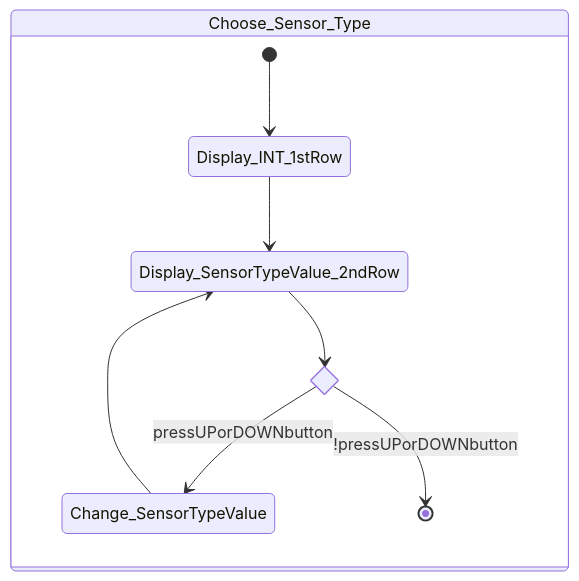
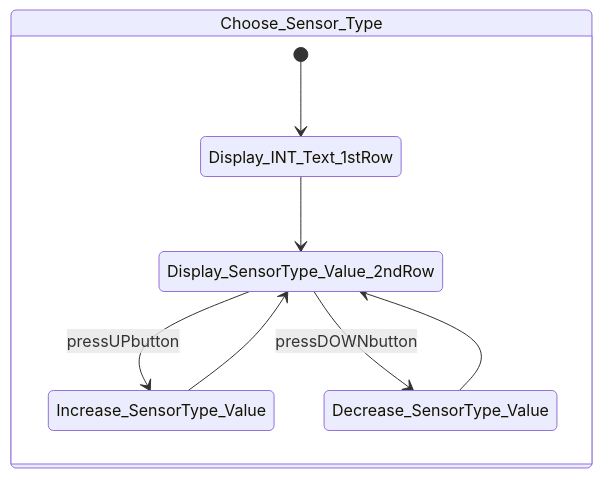
Before and after one commit to sondhg/embedded-control-fsm: the fifth of 10 diagrams in README.md, drawn with Mermaid. The commit also changed other lines of this file, not shown here.

Commit message:
refactor state diagram for improved clarity and flow in temperature controller interface

````diff
--- a/README.md
+++ b/README.md
@@ -124,14 +106,12 @@
 ```mermaid
 stateDiagram-v2
     direction TB
     state Choose_Sensor_Type {
-                [*] --> Display_INT_1stRow
-                Display_INT_1stRow --> Display_SensorTypeValue_2ndRow
-
-                    state if_state_change_sensor_type_Value <<choice>>
-                    Display_SensorTypeValue_2ndRow --> if_state_change_sensor_type_Value
-                    if_state_change_sensor_type_Value --> Change_SensorTypeValue: pressUPorDOWNbutton
-                    Change_SensorTypeValue --> Display_SensorTypeValue_2ndRow
-                    if_state_change_sensor_type_Value --> [*]: !pressUPorDOWNbutton
+                [*] --> Display_INT_Text_1stRow
+                Display_INT_Text_1stRow --> Display_SensorType_Value_2ndRow
+                Display_SensorType_Value_2ndRow --> Increase_SensorType_Value: pressUPbutton
+                Increase_SensorType_Value --> Display_SensorType_Value_2ndRow
+                Display_SensorType_Value_2ndRow --> Decrease_SensorType_Value: pressDOWNbutton
+                Decrease_SensorType_Value --> Display_SensorType_Value_2ndRow
                 }
 ```
````
